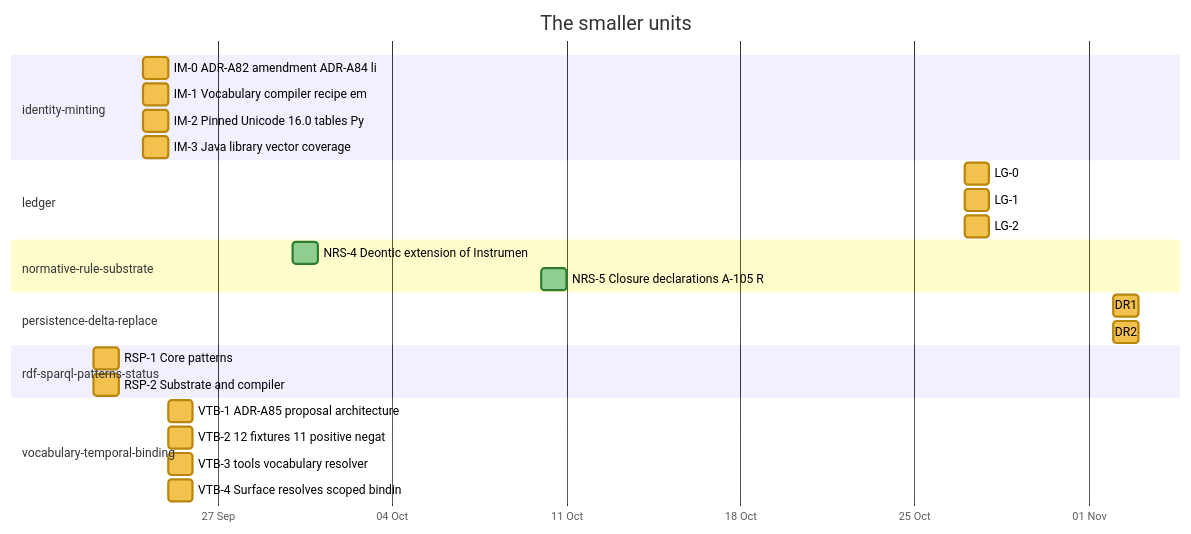
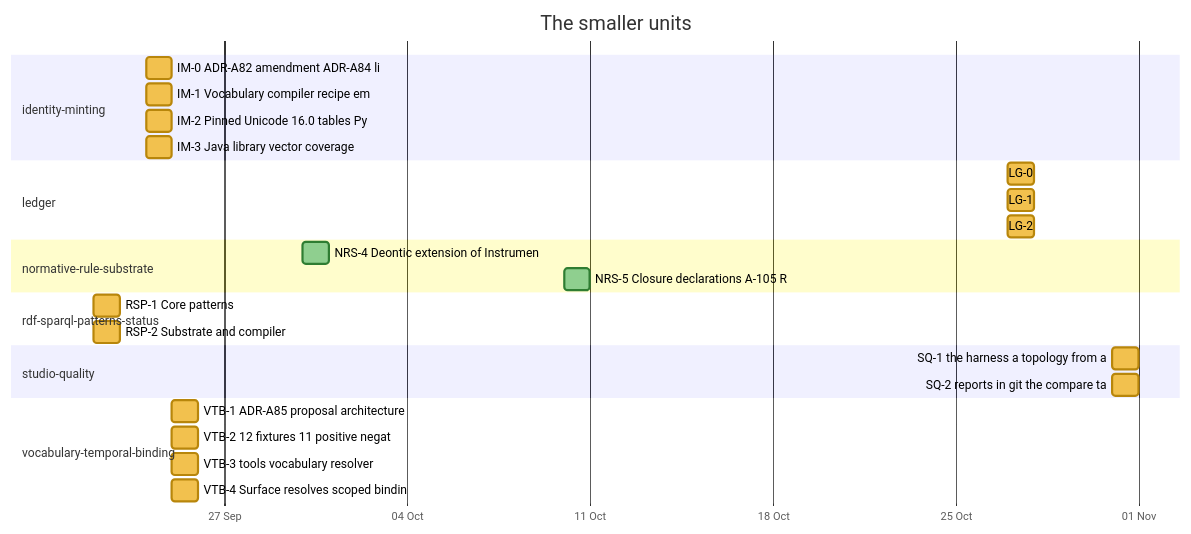
One commit to nebularis/lattice changed diagram 18 of 26 in docs/developer/ROADMAP.md. Above: the diagram before and after it, drawn with Mermaid. The commit also changed other lines of this file and 16 other files, not shown here.

````diff
--- a/docs/developer/ROADMAP.md
+++ b/docs/developer/ROADMAP.md
@@ -431,30 +492,30 @@
 ```mermaid
 %%{init: {"themeVariables": {"taskBkgColor": "#f2c14e", "taskBorderColor": "#b8860b", "taskTextColor": "#000000", "activeTaskBkgColor": "#4e9af1", "activeTaskBorderColor": "#1f5fbf", "activeTaskBorderColor": "#1f5fbf", "doneTaskBkgColor": "#8fcf8f", "doneTaskBorderColor": "#2f7d32", "critBkgColor": "#f28b82", "critBorderColor": "#b23a30", "taskTextDarkColor": "#000000", "taskTextLightColor": "#000000"}}}%%
 gantt
     title The smaller units
     dateFormat YYYY-MM-DD
     axisFormat %d %b
     section identity-minting
     IM-0 ADR-A82 amendment ADR-A84 li :im0, 2026-09-24, 2026-09-25
     IM-1 Vocabulary compiler recipe em :im1, 2026-09-24, 2026-09-25
     IM-2 Pinned Unicode 16.0 tables Py :im2, 2026-09-24, 2026-09-25
     IM-3 Java library vector coverage :im3, 2026-09-24, 2026-09-25
     section ledger
     LG-0 :lg0, 2026-10-27, 2026-10-28
     LG-1 :lg1, 2026-10-27, 2026-10-28
     LG-2 :lg2, 2026-10-27, 2026-10-28
     section normative-rule-substrate
     NRS-4 Deontic extension of Instrumen :done, nrs4, 2026-09-30, 2026-10-01
     NRS-5 Closure declarations A-105 R :done, nrs5, 2026-10-10, 2026-10-11
-    section persistence-delta-replace
-    DR1 :dr1, 2026-11-02, 2026-11-03
-    DR2 :dr2, 2026-11-02, 2026-11-03
     section rdf-sparql-patterns-status
     RSP-1 Core patterns :rsp1, 2026-09-22, 2026-09-23
     RSP-2 Substrate and compiler :rsp2, 2026-09-22, 2026-09-23
+    section studio-quality
+    SQ-1 the harness a topology from a :sq1, 2026-10-31, 2026-11-01
+    SQ-2 reports in git the compare ta :sq2, 2026-10-31, 2026-11-01
     section vocabulary-temporal-binding
     VTB-1 ADR-A85 proposal architecture :vtb1, 2026-09-25, 2026-09-26
     VTB-2 12 fixtures 11 positive negat :vtb2, 2026-09-25, 2026-09-26
     VTB-3 tools vocabulary resolver :vtb3, 2026-09-25, 2026-09-26
     VTB-4 Surface resolves scoped bindin :vtb4, 2026-09-25, 2026-09-26
 ```
````
